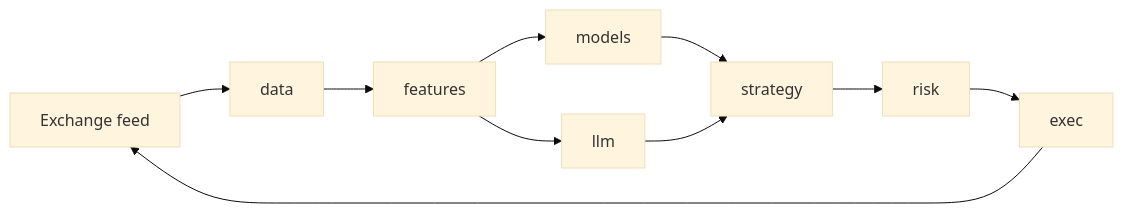
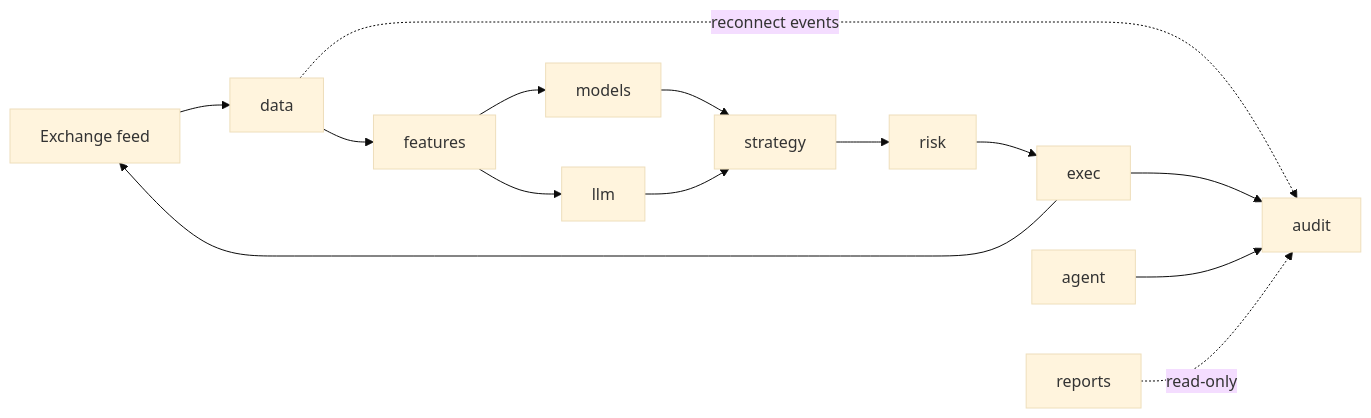
One commit to Orrimp/-Vibe-Trading changed the diagram in spec/architecture.md. Above: the diagram before and after it, drawn with Mermaid (base theme). The commit also changed other lines of this file and 170 other files, not shown here.

````diff
--- a/spec/architecture.md
+++ b/spec/architecture.md
@@ -90,12 +122,16 @@
 ```mermaid
 flowchart LR
   feed[Exchange feed] --> data
   data --> features
+  data -. reconnect events .-> audit
   features --> models
   features --> llm
   models --> strategy
   llm --> strategy
   strategy --> risk
   risk --> exec
   exec --> feed
+  exec --> audit
+  agent --> audit
+  reports -. read-only .-> audit
 ```
````
